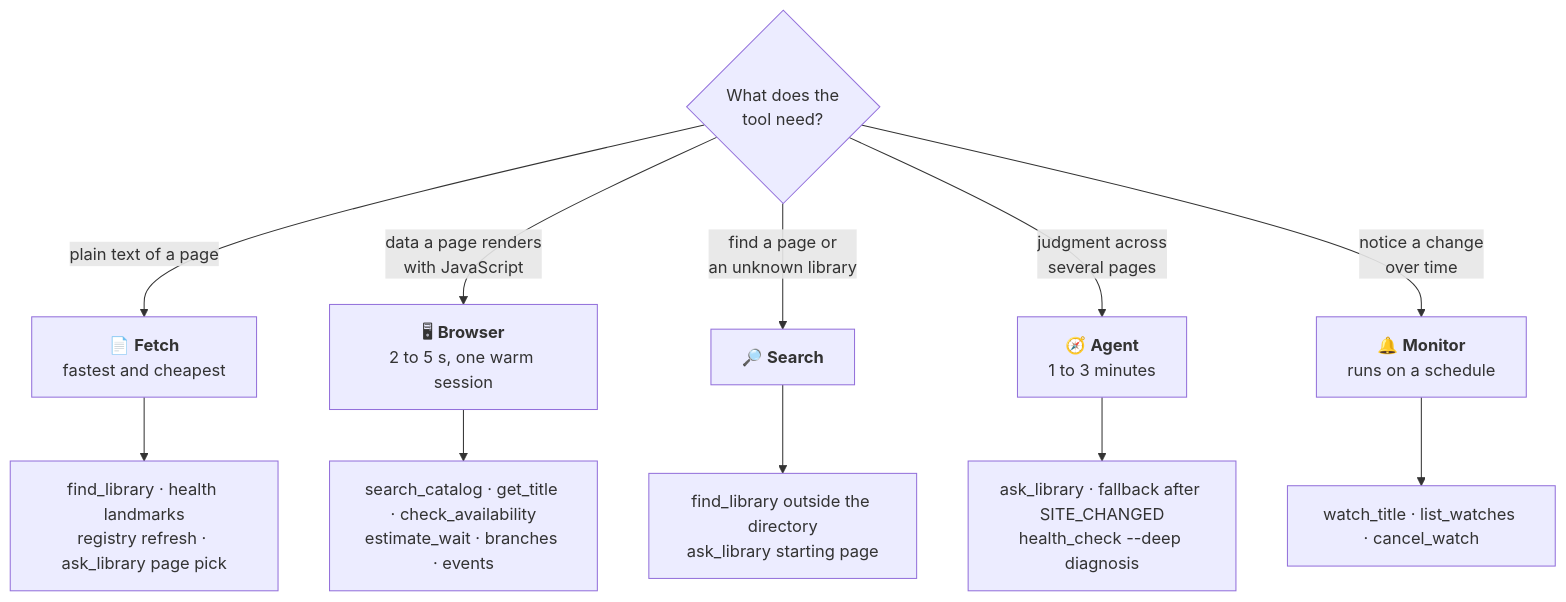
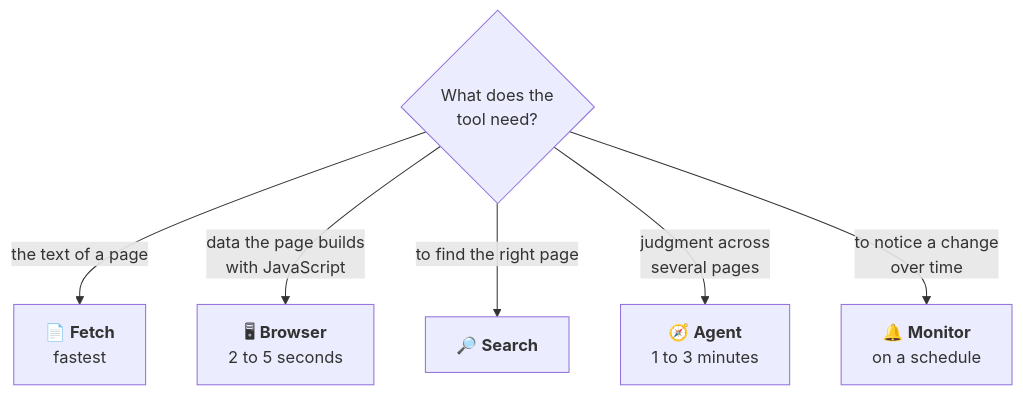
Before and after one commit to VivekSalwan2000/stacks-mcp: the fourth of 6 diagrams in README.md, drawn with Mermaid. The commit also changed other lines of this file and 4 other files, not shown here.

````diff
--- a/README.md
+++ b/README.md
@@ -365,15 +257,9 @@
 ```mermaid
 flowchart TD
   N{"What does the<br/>tool need?"}
-  N -- "plain text of a page" --> FE["📄 <b>Fetch</b><br/>fastest and cheapest"]
-  N -- "data a page renders<br/>with JavaScript" --> BR["🖥 <b>Browser</b><br/>2 to 5 s, one warm session"]
-  N -- "find a page or<br/>an unknown library" --> SE["🔎 <b>Search</b>"]
+  N -- "the text of a page" --> FE["📄 <b>Fetch</b><br/>fastest"]
+  N -- "data the page builds<br/>with JavaScript" --> BR["🖥 <b>Browser</b><br/>2 to 5 seconds"]
+  N -- "to find the right page" --> SE["🔎 <b>Search</b>"]
   N -- "judgment across<br/>several pages" --> AG["🧭 <b>Agent</b><br/>1 to 3 minutes"]
-  N -- "notice a change<br/>over time" --> MO["🔔 <b>Monitor</b><br/>runs on a schedule"]
-
-  FE --> FE1["find_library · health landmarks<br/>registry refresh · ask_library page pick"]
-  BR --> BR1["search_catalog · get_title · check_availability<br/>estimate_wait · branches · events"]
-  SE --> SE1["find_library outside the directory<br/>ask_library starting page"]
-  AG --> AG1["ask_library · fallback after SITE_CHANGED<br/>health_check --deep diagnosis"]
-  MO --> MO1["watch_title · list_watches · cancel_watch"]
+  N -- "to notice a change<br/>over time" --> MO["🔔 <b>Monitor</b><br/>on a schedule"]
 ```
````
